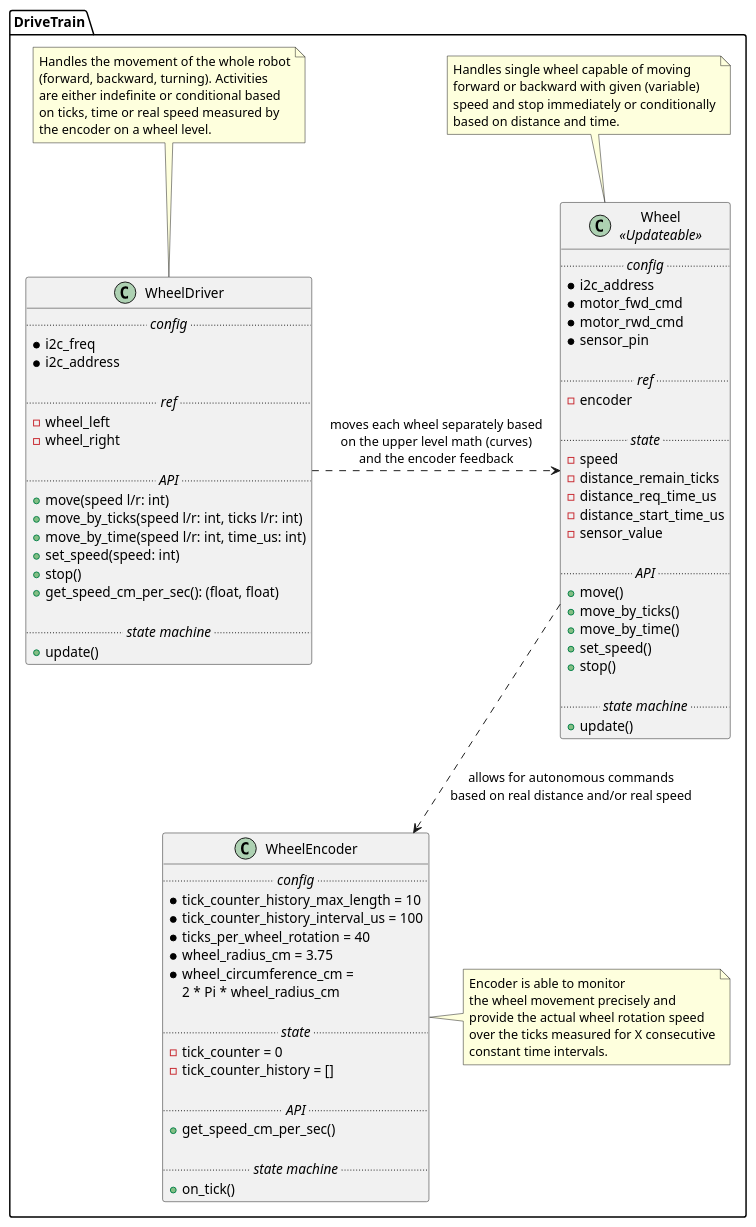
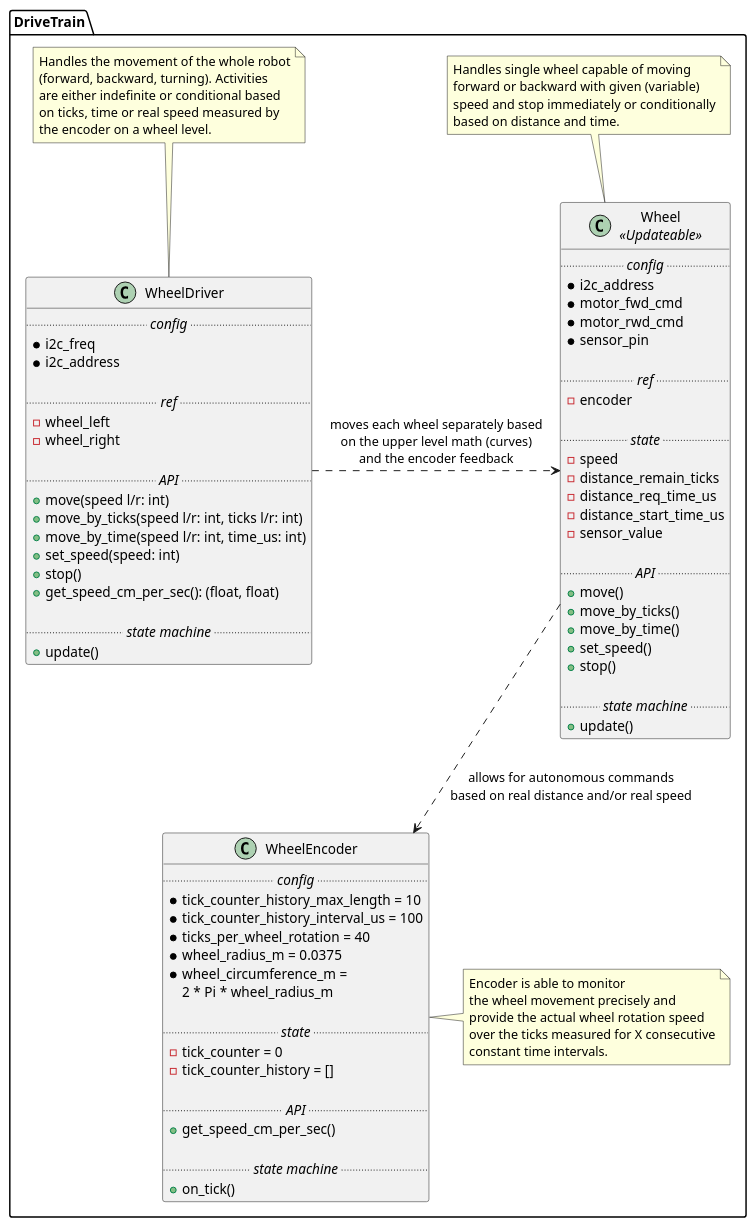
Before and after one commit to rdolejsi/robotprogramming: the diagram in robot-core/docs/class-drivetrain.puml, drawn with PlantUML. The commit also changed 6 other files, not shown here.

```diff
--- a/robot-core/docs/class-drivetrain.puml
+++ b/robot-core/docs/class-drivetrain.puml
@@ -2,100 +2,100 @@
 @startuml
 
 namespace DriveTrain {
     class WheelDriver {
         .... //config// ....
         * i2c_freq
         * i2c_address
 
         .... //ref// ....
         - wheel_left
         - wheel_right
 
         .... //API// ....
         + move(speed l/r: int)
         + move_by_ticks(speed l/r: int, ticks l/r: int)
         + move_by_time(speed l/r: int, time_us: int)
         + set_speed(speed: int)
         + stop()
         + get_speed_cm_per_sec(): (float, float)
 
         .... //state machine// ....
         + update()
     }
 
     note top of WheelDriver
         Handles the movement of the whole robot
         (forward, backward, turning). Activities
         are either indefinite or conditional based
         on ticks, time or real speed measured by
         the encoder on a wheel level.
     end note
 
     class Wheel as "Wheel\n//<<Updateable>>//" {
         .... //config// ....
         * i2c_address
         * motor_fwd_cmd
         * motor_rwd_cmd
         * sensor_pin
 
         .... //ref// ....
         - encoder
 
         .... //state// ....
         - speed
         - distance_remain_ticks
         - distance_req_time_us
         - distance_start_time_us
         - sensor_value
 
         .... //API// ....
         + move()
         + move_by_ticks()
         + move_by_time()
         + set_speed()
         + stop()
 
         .... //state machine// ....
         + update()
     }
 
     note top of Wheel
         Handles single wheel capable of moving
         forward or backward with given (variable)
         speed and stop immediately or conditionally
         based on distance and time.
     end note
 
     class WheelEncoder {
         .... //config// ....
         * tick_counter_history_max_length = 10
         * tick_counter_history_interval_us = 100
         * ticks_per_wheel_rotation = 40
-        * wheel_radius_cm = 3.75
-        * wheel_circumference_cm =
-            2 * Pi * wheel_radius_cm
+        * wheel_radius_m = 0.0375
+        * wheel_circumference_m =
+            2 * Pi * wheel_radius_m
 
         .... //state// ....
         - tick_counter = 0
         - tick_counter_history = []
 
         .... //API// ....
         + get_speed_cm_per_sec()
 
         .... //state machine// ....
         + on_tick()
     }
 
     note right of WheelEncoder
         Encoder is able to monitor
         the wheel movement precisely and
         provide the actual wheel rotation speed
         over the ticks measured for X consecutive
         constant time intervals.
     end note
 
     WheelDriver .right.> Wheel: "moves each wheel separately based\non the upper level math (curves)\nand the encoder feedback"
     Wheel .down.> WheelEncoder: "allows for autonomous commands\nbased on real distance and/or real speed"
 }
 
 @enduml
```
